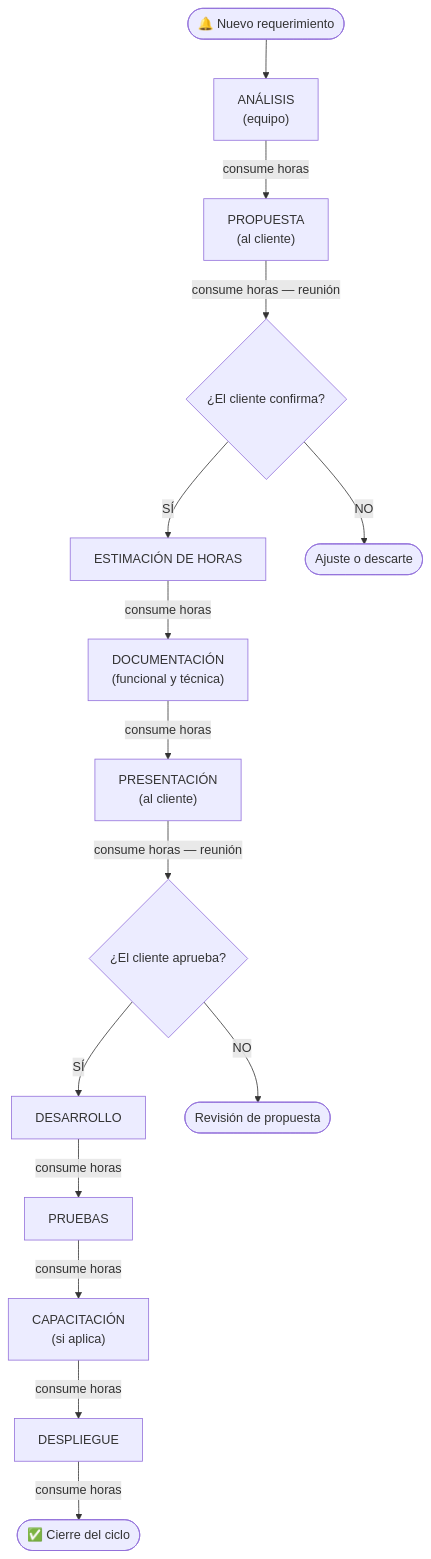
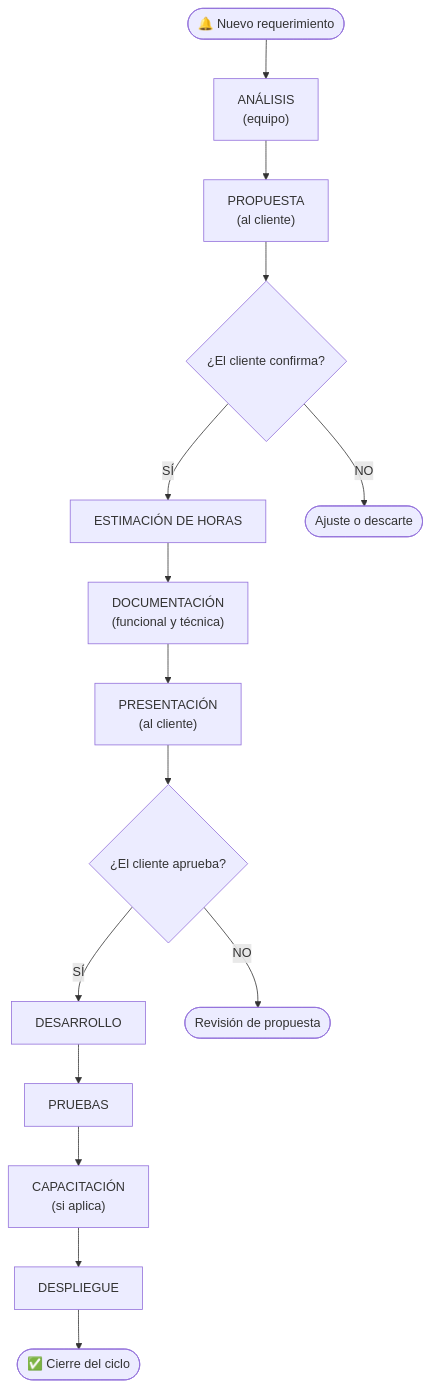
One commit to Mkdir-arg/Chaco changed the diagram in docs/client/methodology.md. Above: the diagram before and after it, drawn with Mermaid. The commit also changed other lines of this file, not shown here.

Commit message:
feat: add sprint planning section to methodology documentation

````diff
--- a/docs/client/methodology.md
+++ b/docs/client/methodology.md
@@ -100,17 +101,17 @@
 ```mermaid
 flowchart TD
     A([🔔 Nuevo requerimiento]) --> B["ANÁLISIS\n(equipo)"]
-    B --> |consume horas| C["PROPUESTA\n(al cliente)"]
-    C --> |consume horas — reunión| D{¿El cliente confirma?}
+    B --> C["PROPUESTA\n(al cliente)"]
+    C --> D{¿El cliente confirma?}
     D --> |SÍ| E[ESTIMACIÓN DE HORAS]
     D --> |NO| Z1([Ajuste o descarte])
-    E --> |consume horas| F["DOCUMENTACIÓN\n(funcional y técnica)"]
-    F --> |consume horas| G["PRESENTACIÓN\n(al cliente)"]
-    G --> |consume horas — reunión| H{¿El cliente aprueba?}
+    E --> F["DOCUMENTACIÓN\n(funcional y técnica)"]
+    F --> G["PRESENTACIÓN\n(al cliente)"]
+    G --> H{¿El cliente aprueba?}
     H --> |SÍ| I[DESARROLLO]
     H --> |NO| Z2([Revisión de propuesta])
-    I --> |consume horas| J[PRUEBAS]
-    J --> |consume horas| K["CAPACITACIÓN\n(si aplica)"]
-    K --> |consume horas| L[DESPLIEGUE]
-    L --> |consume horas| M([✅ Cierre del ciclo])
+    I --> J[PRUEBAS]
+    J --> K["CAPACITACIÓN\n(si aplica)"]
+    K --> L[DESPLIEGUE]
+    L --> M([✅ Cierre del ciclo])
 ```
````
